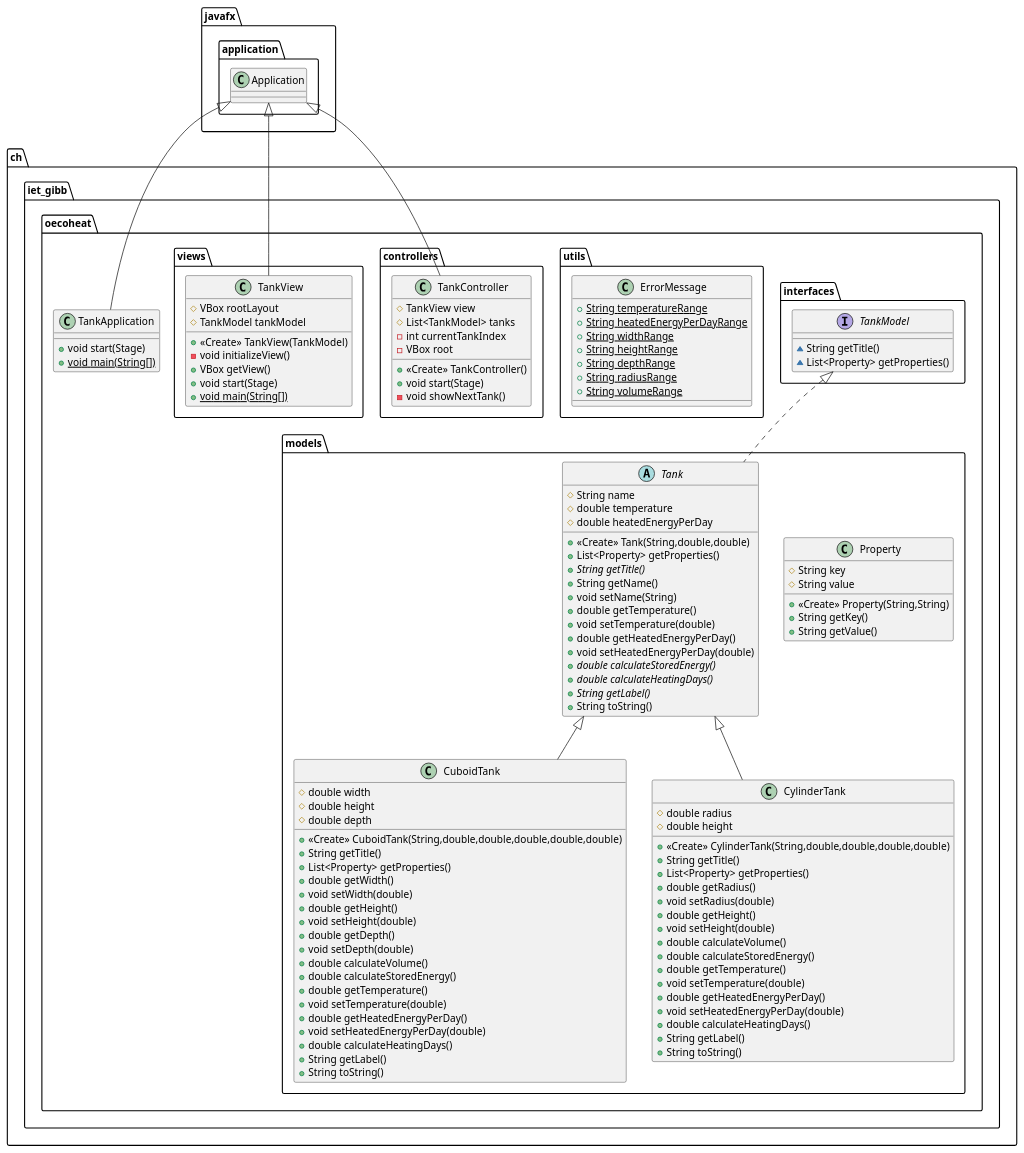
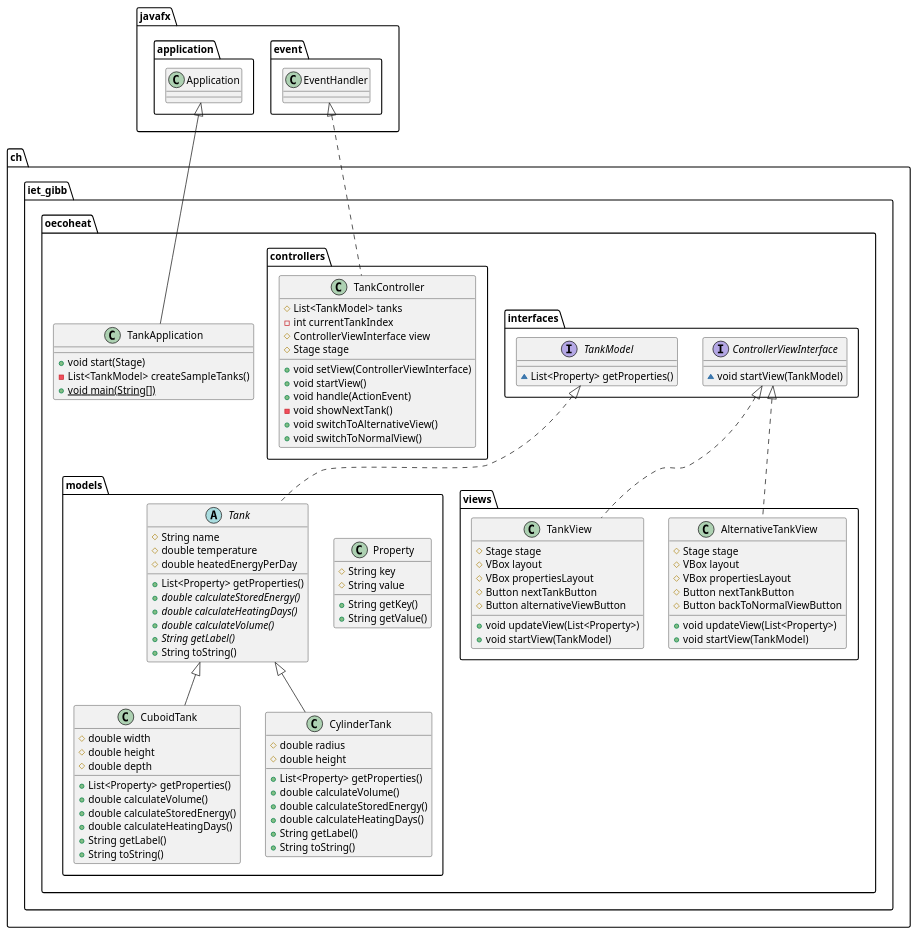
Before and after one commit to themane04/tank-application: the diagram in Class_Diagram.puml, drawn with PlantUML.

Commit message:
created new diagram

```diff
--- a/Class_Diagram.puml
+++ b/Class_Diagram.puml
@@ -1,128 +1,107 @@
 @startuml
 interface ch.iet_gibb.oecoheat.interfaces.TankModel {
-~ String getTitle()
 ~ List<Property> getProperties()
-}
-
-class ch.iet_gibb.oecoheat.utils.ErrorMessage {
-+ {static} String temperatureRange
-+ {static} String heatedEnergyPerDayRange
-+ {static} String widthRange
-+ {static} String heightRange
-+ {static} String depthRange
-+ {static} String radiusRange
-+ {static} String volumeRange
 }
 
 class ch.iet_gibb.oecoheat.models.Property {
 # String key
 # String value
-+ <<Create>> Property(String,String)
 + String getKey()
 + String getValue()
 }
 
 
 class ch.iet_gibb.oecoheat.models.CuboidTank {
 # double width
 # double height
 # double depth
-+ <<Create>> CuboidTank(String,double,double,double,double,double)
-+ String getTitle()
 + List<Property> getProperties()
-+ double getWidth()
-+ void setWidth(double)
-+ double getHeight()
-+ void setHeight(double)
-+ double getDepth()
-+ void setDepth(double)
 + double calculateVolume()
 + double calculateStoredEnergy()
-+ double getTemperature()
-+ void setTemperature(double)
-+ double getHeatedEnergyPerDay()
-+ void setHeatedEnergyPerDay(double)
 + double calculateHeatingDays()
 + String getLabel()
 + String toString()
 }
 
 
 class ch.iet_gibb.oecoheat.models.CylinderTank {
 # double radius
 # double height
-+ <<Create>> CylinderTank(String,double,double,double,double)
-+ String getTitle()
 + List<Property> getProperties()
-+ double getRadius()
-+ void setRadius(double)
-+ double getHeight()
-+ void setHeight(double)
 + double calculateVolume()
 + double calculateStoredEnergy()
-+ double getTemperature()
-+ void setTemperature(double)
-+ double getHeatedEnergyPerDay()
-+ void setHeatedEnergyPerDay(double)
 + double calculateHeatingDays()
 + String getLabel()
 + String toString()
 }
 
 
 abstract class ch.iet_gibb.oecoheat.models.Tank {
 # String name
 # double temperature
 # double heatedEnergyPerDay
-+ <<Create>> Tank(String,double,double)
 + List<Property> getProperties()
-+ {abstract}String getTitle()
-+ String getName()
-+ void setName(String)
-+ double getTemperature()
-+ void setTemperature(double)
-+ double getHeatedEnergyPerDay()
-+ void setHeatedEnergyPerDay(double)
 + {abstract}double calculateStoredEnergy()
 + {abstract}double calculateHeatingDays()
++ {abstract}double calculateVolume()
 + {abstract}String getLabel()
 + String toString()
 }
 
 
 class ch.iet_gibb.oecoheat.TankApplication {
 + void start(Stage)
+- List<TankModel> createSampleTanks()
 + {static} void main(String[])
 }
 
 class ch.iet_gibb.oecoheat.controllers.TankController {
-# TankView view
 # List<TankModel> tanks
 - int currentTankIndex
-- VBox root
-+ <<Create>> TankController()
-+ void start(Stage)
+# ControllerViewInterface view
+# Stage stage
++ void setView(ControllerViewInterface)
++ void startView()
++ void handle(ActionEvent)
 - void showNextTank()
++ void switchToAlternativeView()
++ void switchToNormalView()
+}
+
+
+class ch.iet_gibb.oecoheat.views.AlternativeTankView {
+# Stage stage
+# VBox layout
+# VBox propertiesLayout
+# Button nextTankButton
+# Button backToNormalViewButton
++ void updateView(List<Property>)
++ void startView(TankModel)
 }
 
 
 class ch.iet_gibb.oecoheat.views.TankView {
-# VBox rootLayout
-# TankModel tankModel
-+ <<Create>> TankView(TankModel)
-- void initializeView()
-+ VBox getView()
-+ void start(Stage)
-+ {static} void main(String[])
+# Stage stage
+# VBox layout
+# VBox propertiesLayout
+# Button nextTankButton
+# Button alternativeViewButton
++ void updateView(List<Property>)
++ void startView(TankModel)
 }
 
+
+interface ch.iet_gibb.oecoheat.interfaces.ControllerViewInterface {
+~ void startView(TankModel)
+}
 
 
 
 ch.iet_gibb.oecoheat.models.Tank <|-- ch.iet_gibb.oecoheat.models.CuboidTank
 ch.iet_gibb.oecoheat.models.Tank <|-- ch.iet_gibb.oecoheat.models.CylinderTank
 ch.iet_gibb.oecoheat.interfaces.TankModel <|.. ch.iet_gibb.oecoheat.models.Tank
 javafx.application.Application <|-- ch.iet_gibb.oecoheat.TankApplication
-javafx.application.Application <|-- ch.iet_gibb.oecoheat.controllers.TankController
-javafx.application.Application <|-- ch.iet_gibb.oecoheat.views.TankView
+javafx.event.EventHandler <|.. ch.iet_gibb.oecoheat.controllers.TankController
+ch.iet_gibb.oecoheat.interfaces.ControllerViewInterface <|.. ch.iet_gibb.oecoheat.views.AlternativeTankView
+ch.iet_gibb.oecoheat.interfaces.ControllerViewInterface <|.. ch.iet_gibb.oecoheat.views.TankView
 @enduml
```
